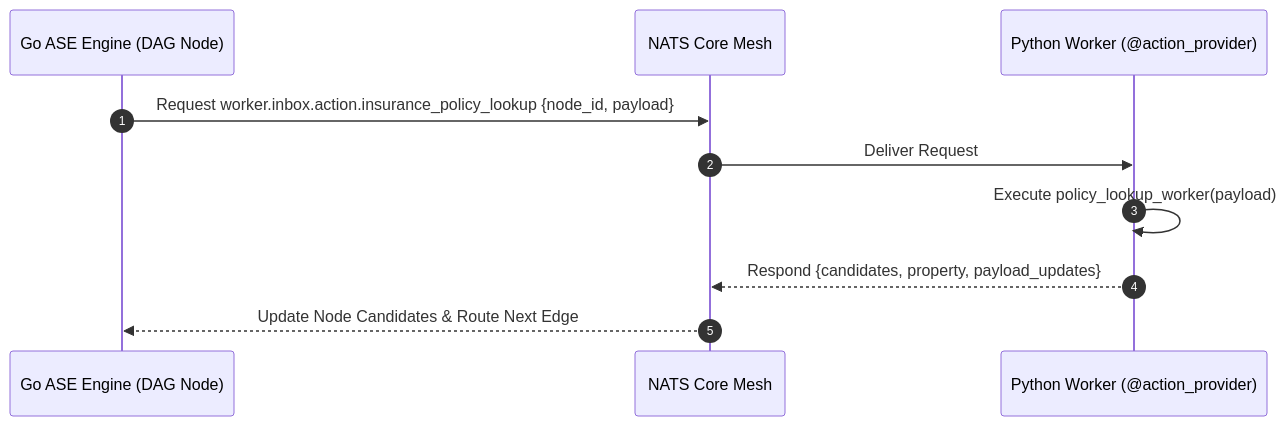
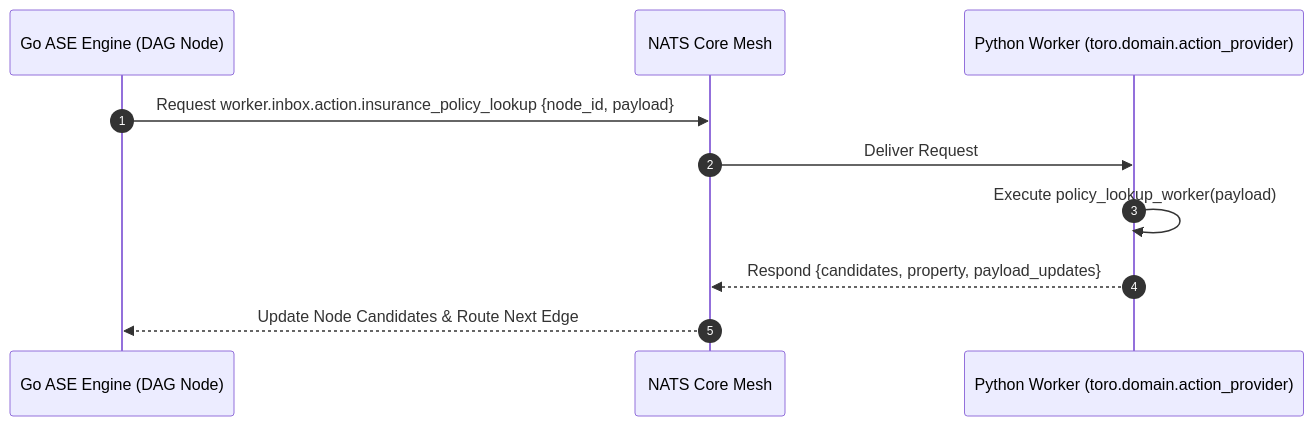
The second of 2 diagrams in docs/prds/python_sdk.md (Yankzy/usetoro), drawn with Mermaid before and after one commit. The commit also changed other lines of this file, not shown here.

Commit message:
docs(prd): update module namespaces to toro.domain and toro.core in Python SDK PRD

````diff
--- a/docs/prds/python_sdk.md
+++ b/docs/prds/python_sdk.md
@@ -249,13 +249,13 @@
 ```mermaid
 sequenceDiagram
     autonumber
     participant GoASE as Go ASE Engine (DAG Node)
     participant NATS as NATS Core Mesh
-    participant PyWorker as Python Worker (@action_provider)
+    participant PyWorker as Python Worker (toro.domain.action_provider)
 
     GoASE->>NATS: Request worker.inbox.action.insurance_policy_lookup {node_id, payload}
     NATS->>PyWorker: Deliver Request
     PyWorker->>PyWorker: Execute policy_lookup_worker(payload)
     PyWorker-->>NATS: Respond {candidates, property, payload_updates}
     NATS-->>GoASE: Update Node Candidates & Route Next Edge
 ```
````
